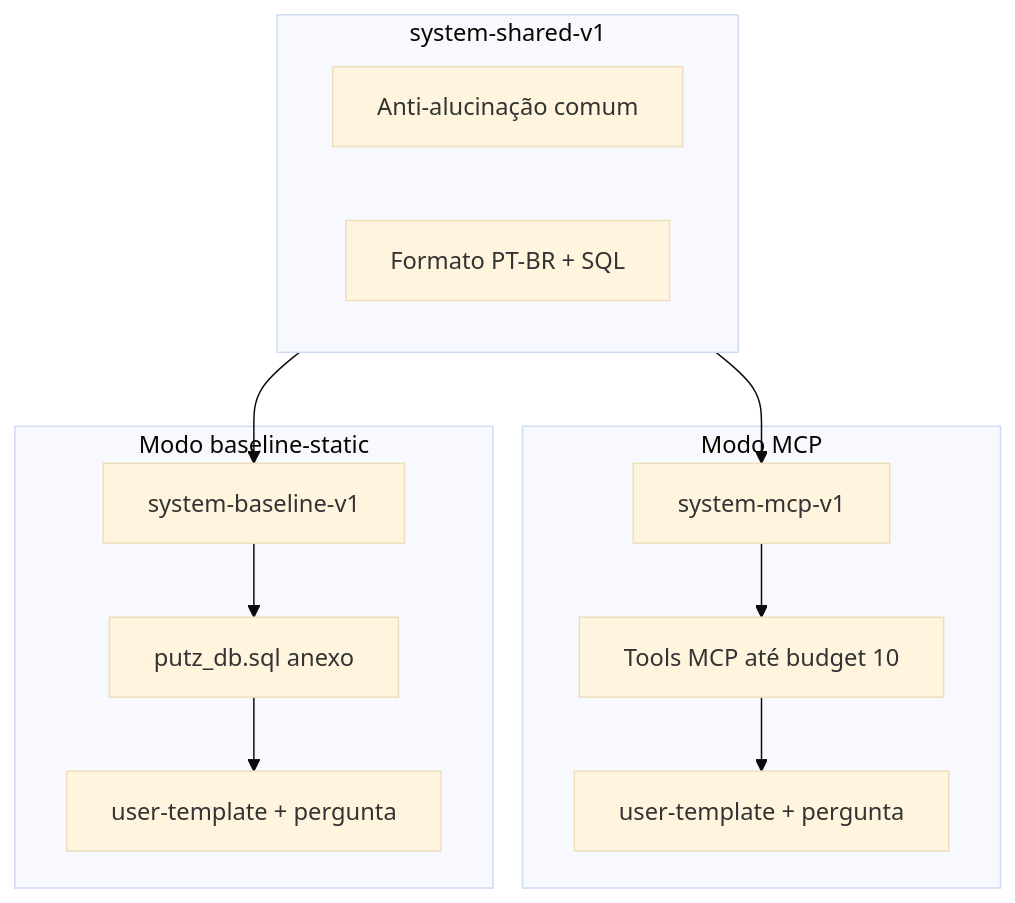
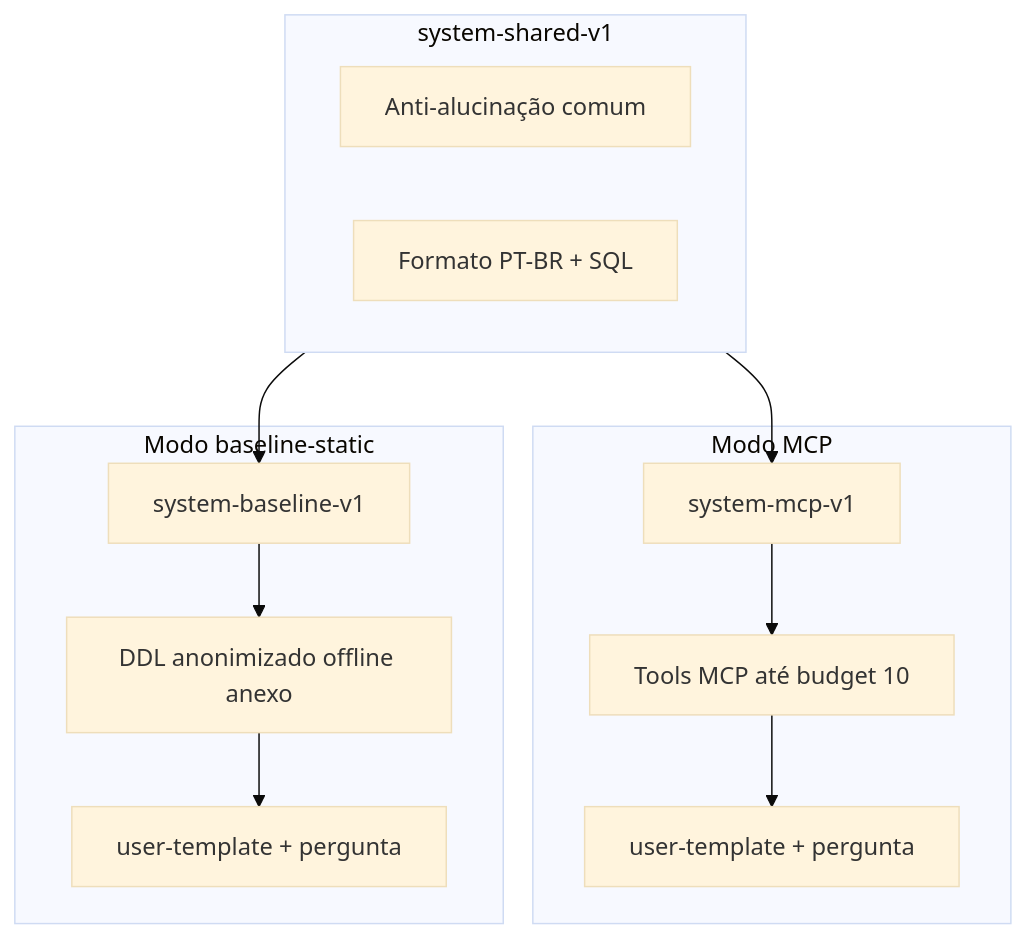
Before and after one commit to joaopfduarte/text-to-sql-arch: the diagram in docs/08-experimento-avaliacao/llm-inferencia-e-prompts.md, drawn with Mermaid (base theme). The commit also changed other lines of this file and 89 other files, not shown here.

````diff
--- a/docs/08-experimento-avaliacao/llm-inferencia-e-prompts.md
+++ b/docs/08-experimento-avaliacao/llm-inferencia-e-prompts.md
@@ -67,23 +67,23 @@
 ```mermaid
 flowchart TB
   subgraph shared [system-shared-v1]
     AntiHall[Anti-alucinação comum]
     Format[Formato PT-BR + SQL]
   end
   subgraph mcpMode [Modo MCP]
     McpRules[system-mcp-v1]
     Tools[Tools MCP até budget 10]
     UserMcp[user-template + pergunta]
   end
   subgraph baseMode [Modo baseline-static]
     BaseRules[system-baseline-v1]
-    DDL[putz_db.sql anexo]
+    DDL[DDL anonimizado offline anexo]
     UserBase[user-template + pergunta]
   end
   shared --> McpRules
   shared --> BaseRules
   McpRules --> Tools
   Tools --> UserMcp
   BaseRules --> DDL
   DDL --> UserBase
 ```
````
